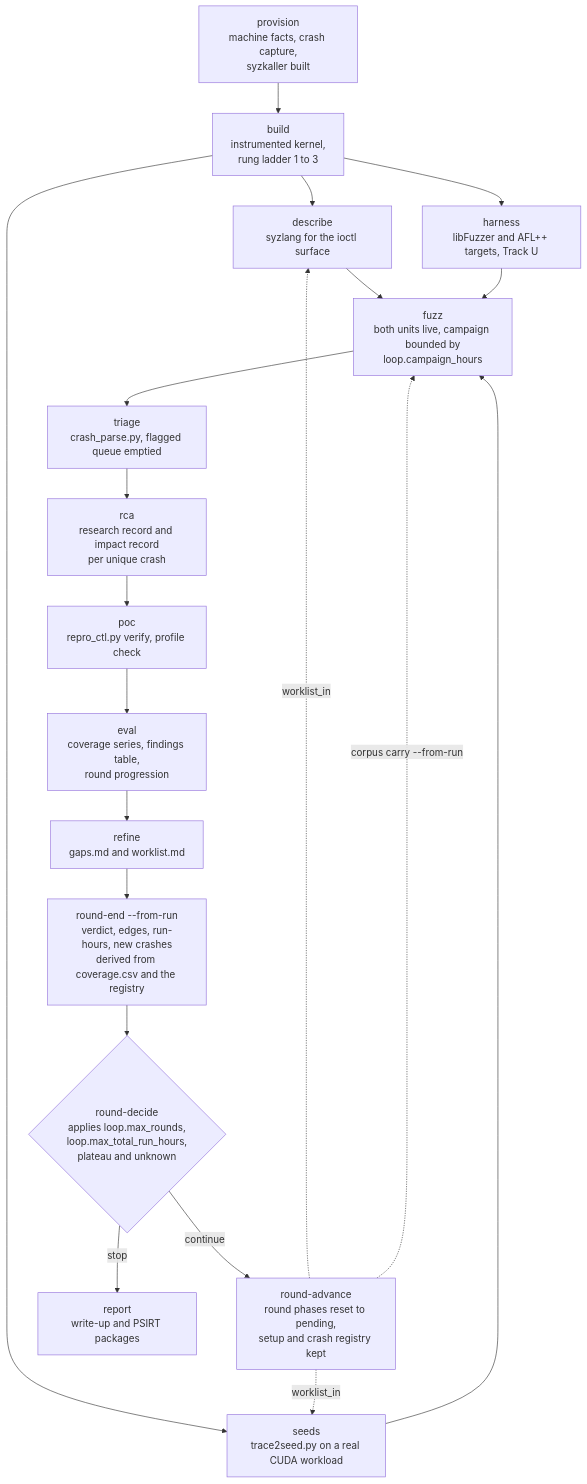
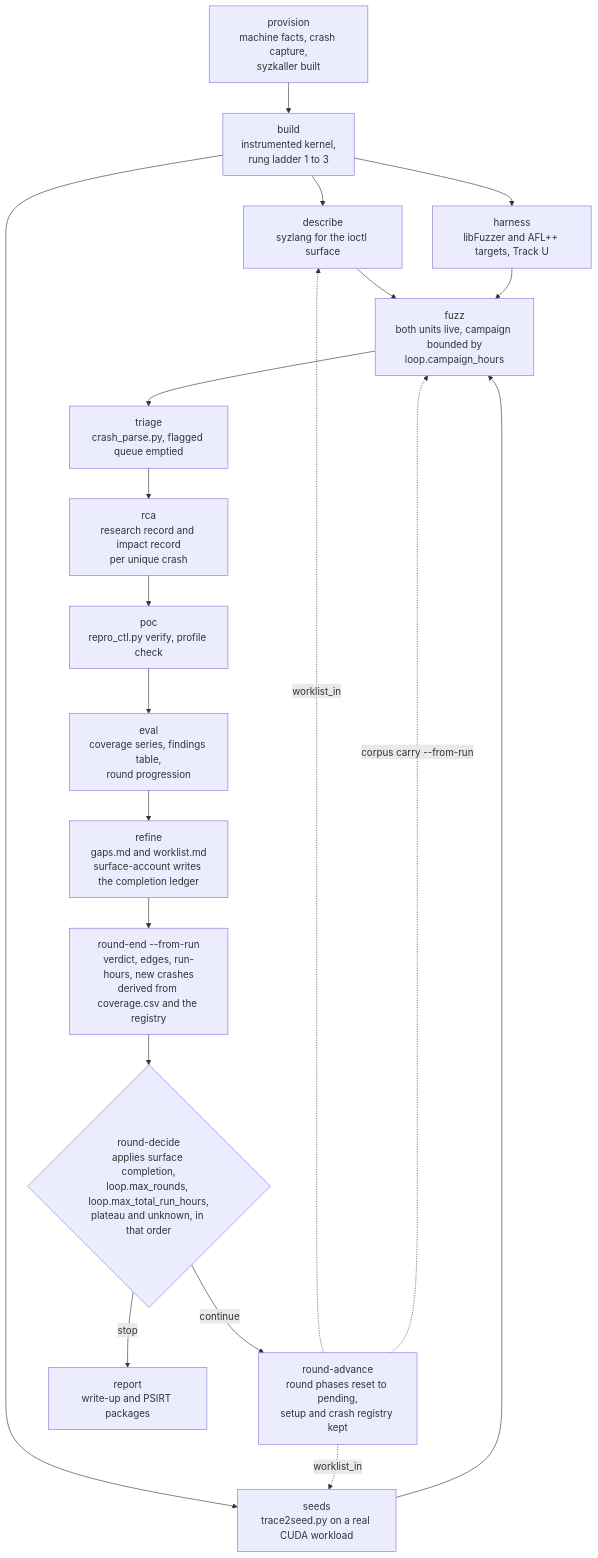
The second of 3 diagrams in docs/src/content/docs/architecture/overview.md (Indspl0it/gspwn), drawn with Mermaid before and after one commit. The commit also changed other lines of this file and 247 other files, not shown here.

````diff
--- a/docs/src/content/docs/architecture/overview.md
+++ b/docs/src/content/docs/architecture/overview.md
@@ -87,27 +87,27 @@
 ```mermaid
 flowchart TB
   PR["provision<br/>machine facts, crash capture,<br/>syzkaller built"] --> BU["build<br/>instrumented kernel,<br/>rung ladder 1 to 3"]
 
   BU --> DE["describe<br/>syzlang for the ioctl surface"]
   BU --> SE["seeds<br/>trace2seed.py on a real CUDA workload"]
   BU --> HA["harness<br/>libFuzzer and AFL++ targets, Track U"]
 
   DE --> FZ["fuzz<br/>both units live, campaign bounded by<br/>loop.campaign_hours"]
   SE --> FZ
   HA --> FZ
 
   FZ --> TR["triage<br/>crash_parse.py, flagged queue emptied"]
   TR --> RC["rca<br/>research record and impact record<br/>per unique crash"]
   RC --> PO["poc<br/>repro_ctl.py verify, profile check"]
   PO --> EV["eval<br/>coverage series, findings table,<br/>round progression"]
-  EV --> RF["refine<br/>gaps.md and worklist.md"]
+  EV --> RF["refine<br/>gaps.md and worklist.md<br/>surface-account writes the completion ledger"]
   RF --> RE["round-end --from-run<br/>verdict, edges, run-hours, new crashes<br/>derived from coverage.csv and the registry"]
 
-  RE --> DEC{"round-decide<br/>applies loop.max_rounds,<br/>loop.max_total_run_hours,<br/>plateau and unknown"}
+  RE --> DEC{"round-decide<br/>applies surface completion,<br/>loop.max_rounds, loop.max_total_run_hours,<br/>plateau and unknown, in that order"}
   DEC -->|continue| ADV["round-advance<br/>round phases reset to pending,<br/>setup and crash registry kept"]
   DEC -->|stop| REP["report<br/>write-up and PSIRT packages"]
 
   ADV -.->|"worklist_in"| DE
   ADV -.->|"worklist_in"| SE
   ADV -.->|"corpus carry --from-run"| FZ
 ```
````
